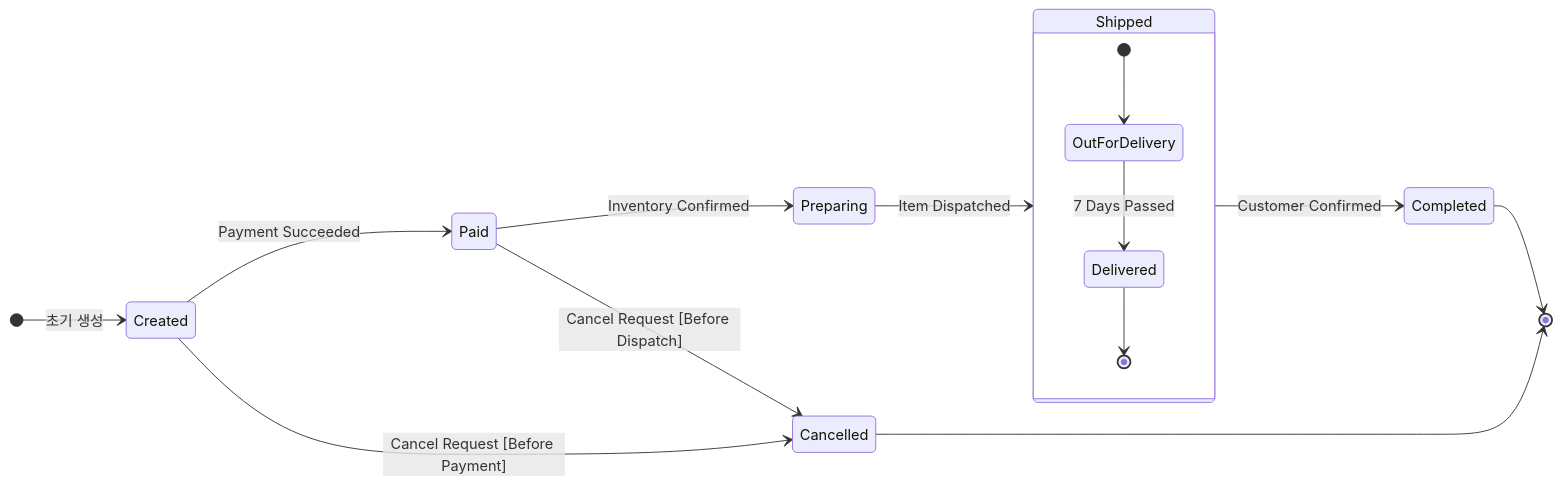
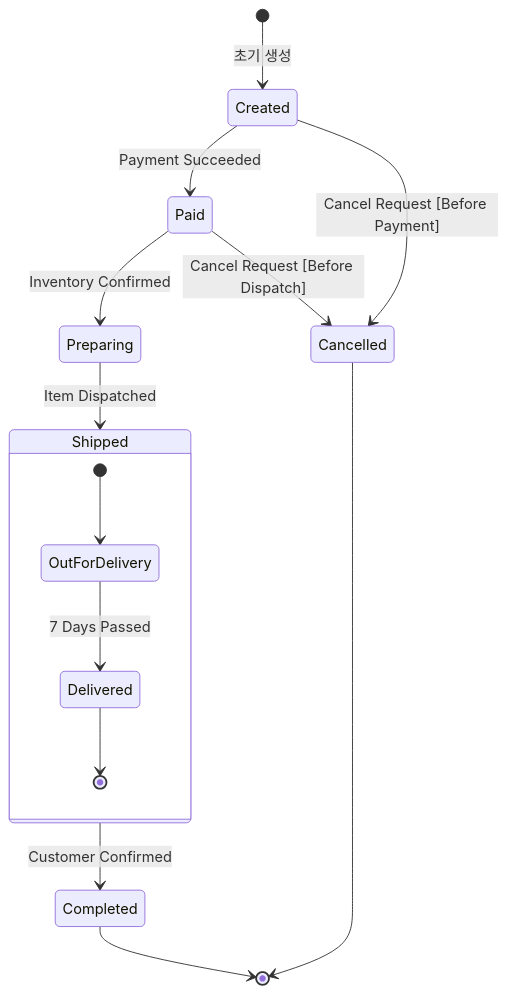
One commit to ohhoonim/course-java-starting-with-jdk25 changed the first of 2 diagrams in Part3-Design/11 UML과 모델 설계/11.05 State machine Diagram.md. Above: the diagram before and after it, drawn with Mermaid. The commit also changed other lines of this file and 5 other files, not shown here.

````diff
--- a/Part3-Design/11 UML과 모델 설계/11.05 State machine Diagram.md
+++ b/Part3-Design/11 UML과 모델 설계/11.05 State machine Diagram.md
@@ -29,32 +29,31 @@
 ```mermaid
 stateDiagram-v2
-    direction LR
 
     %% 시작 상태 정의
     [*] --> Created : 초기 생성
 
     %% 상태 및 전이 정의
     Created --> Paid : Payment Succeeded
     
     Paid --> Preparing : Inventory Confirmed
     
     Preparing --> Shipped : Item Dispatched
 
     %% 복합 상태 (배송중) 정의
     state Shipped {
         direction TB
         [*] --> OutForDelivery
         OutForDelivery --> Delivered : 7 Days Passed
         Delivered --> [*]
     }
 
     Shipped --> Completed : Customer Confirmed
 
     %% 취소 전이
     Paid --> Cancelled : Cancel Request [Before Dispatch]
     Created --> Cancelled : Cancel Request [Before Payment]
 
     %% 최종 종료 상태
     Completed --> [*]
     Cancelled --> [*]
 ```
````
